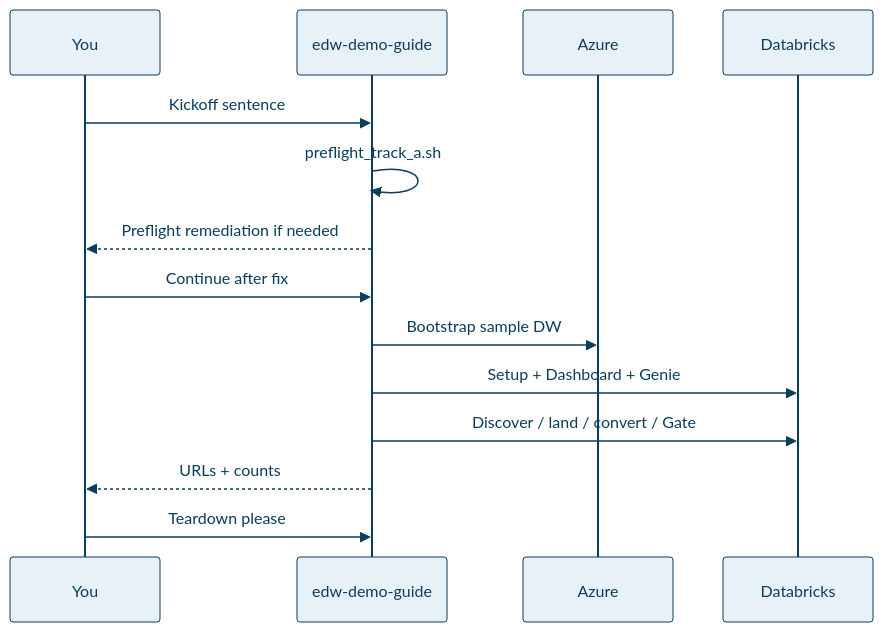
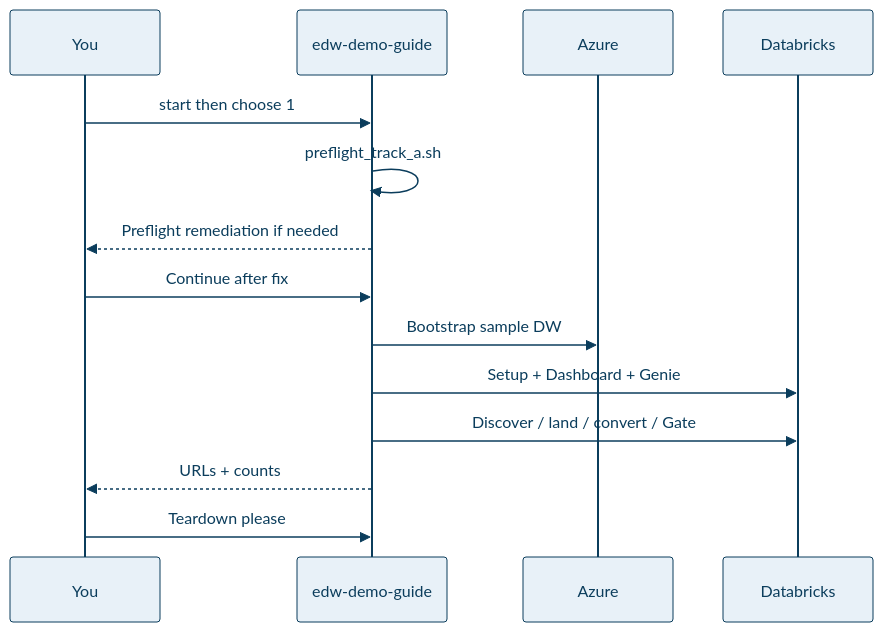
The second of 2 diagrams in docs/guided-demo.md (Jericho2010/edwmigration), drawn with Mermaid before and after one commit. The commit also changed other lines of this file and 58 other files, not shown here.

````diff
--- a/docs/guided-demo.md
+++ b/docs/guided-demo.md
@@ -57,17 +59,17 @@
 ```mermaid
 %%{init: {"theme":"base","themeVariables":{"primaryColor":"#E8F1F8","primaryTextColor":"#0B3D5C","primaryBorderColor":"#0B3D5C","lineColor":"#5B7A8C","secondaryColor":"#E6F4F1","tertiaryColor":"#F7F3EA","background":"#FFFFFF","mainBkg":"#E8F1F8","clusterBkg":"#F7FAFC","clusterBorder":"#5B7A8C","titleColor":"#0B3D5C","edgeLabelBackground":"#FFFFFF"}}}%%
 sequenceDiagram
   participant You
   participant Guide as edw-demo-guide
   participant Azure
   participant DBX as Databricks
-  You->>Guide: Kickoff sentence
+  You->>Guide: start then choose 1
   Guide->>Guide: preflight_track_a.sh
   Guide-->>You: Preflight remediation if needed
   You->>Guide: Continue after fix
   Guide->>Azure: Bootstrap sample DW
   Guide->>DBX: Setup + Dashboard + Genie
   Guide->>DBX: Discover / land / convert / Gate
   Guide-->>You: URLs + counts
   You->>Guide: Teardown please
 ```
````
